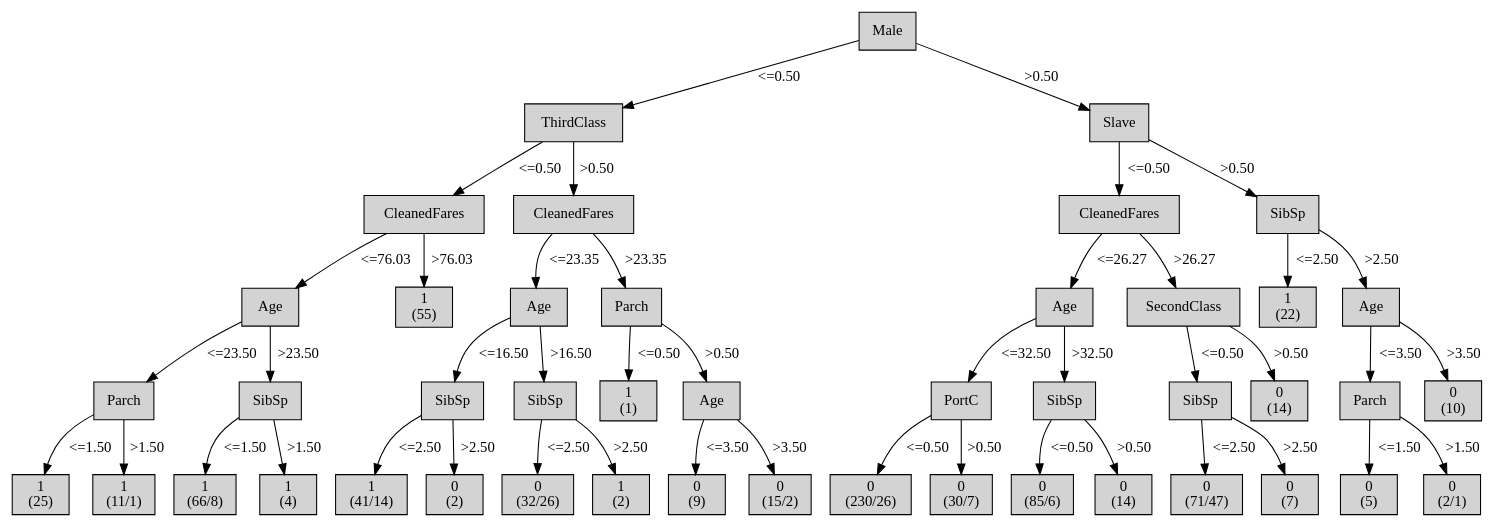
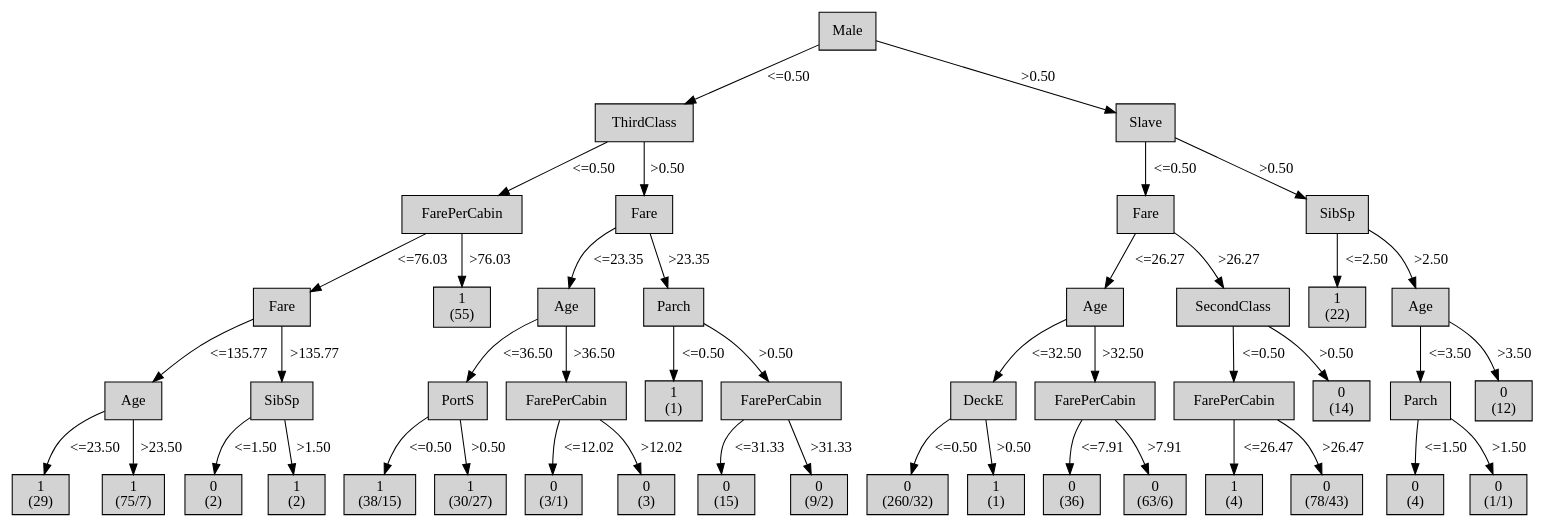
The diagram in output/tree-generator-5/tree.dot (mklb/BI-Python3), drawn with Graphviz before and after one commit. The commit also changed 13 other files, not shown here.

```diff
--- a/output/tree-generator-5/tree.dot
+++ b/output/tree-generator-5/tree.dot
@@ -1,165 +1,165 @@
 digraph ID3_Tree {
 "0" [shape=box, style=filled, label="Male
 ", weight=1]
 "1" [shape=box, style=filled, label="ThirdClass
 ", weight=2]
 0 -> 1 [ label = "<=0.50"];
-"2" [shape=box, style=filled, label="CleanedFares
+"2" [shape=box, style=filled, label="FarePerCabin
 ", weight=3]
 1 -> 2 [ label = "<=0.50"];
-"3" [shape=box, style=filled, label="Age
+"3" [shape=box, style=filled, label="Fare
 ", weight=4]
 2 -> 3 [ label = "<=76.03"];
-"4" [shape=box, style=filled, label="Parch
+"4" [shape=box, style=filled, label="Age
 ", weight=5]
-3 -> 4 [ label = "<=23.50"];
+3 -> 4 [ label = "<=135.77"];
 "5" [shape=box, style=filled, label="1
-(25)
+(29)
 ", weight=6]
-4 -> 5 [ label = "<=1.50"];
+4 -> 5 [ label = "<=23.50"];
 "6" [shape=box, style=filled, label="1
-(11/1)
+(75/7)
 ", weight=6]
-4 -> 6 [ label = ">1.50"];
+4 -> 6 [ label = ">23.50"];
 "7" [shape=box, style=filled, label="SibSp
 ", weight=5]
-3 -> 7 [ label = ">23.50"];
-"8" [shape=box, style=filled, label="1
-(66/8)
+3 -> 7 [ label = ">135.77"];
+"8" [shape=box, style=filled, label="0
+(2)
 ", weight=6]
 7 -> 8 [ label = "<=1.50"];
 "9" [shape=box, style=filled, label="1
-(4)
+(2)
 ", weight=6]
 7 -> 9 [ label = ">1.50"];
 "10" [shape=box, style=filled, label="1
 (55)
 ", weight=4]
 2 -> 10 [ label = ">76.03"];
-"11" [shape=box, style=filled, label="CleanedFares
+"11" [shape=box, style=filled, label="Fare
 ", weight=3]
 1 -> 11 [ label = ">0.50"];
 "12" [shape=box, style=filled, label="Age
 ", weight=4]
 11 -> 12 [ label = "<=23.35"];
-"13" [shape=box, style=filled, label="SibSp
+"13" [shape=box, style=filled, label="PortS
 ", weight=5]
-12 -> 13 [ label = "<=16.50"];
+12 -> 13 [ label = "<=36.50"];
 "14" [shape=box, style=filled, label="1
-(41/14)
+(38/15)
 ", weight=6]
-13 -> 14 [ label = "<=2.50"];
-"15" [shape=box, style=filled, label="0
-(2)
+13 -> 14 [ label = "<=0.50"];
+"15" [shape=box, style=filled, label="1
+(30/27)
 ", weight=6]
-13 -> 15 [ label = ">2.50"];
-"16" [shape=box, style=filled, label="SibSp
+13 -> 15 [ label = ">0.50"];
+"16" [shape=box, style=filled, label="FarePerCabin
 ", weight=5]
-12 -> 16 [ label = ">16.50"];
+12 -> 16 [ label = ">36.50"];
 "17" [shape=box, style=filled, label="0
-(32/26)
+(3/1)
 ", weight=6]
-16 -> 17 [ label = "<=2.50"];
-"18" [shape=box, style=filled, label="1
-(2)
+16 -> 17 [ label = "<=12.02"];
+"18" [shape=box, style=filled, label="0
+(3)
 ", weight=6]
-16 -> 18 [ label = ">2.50"];
+16 -> 18 [ label = ">12.02"];
 "19" [shape=box, style=filled, label="Parch
 ", weight=4]
 11 -> 19 [ label = ">23.35"];
 "20" [shape=box, style=filled, label="1
 (1)
 ", weight=5]
 19 -> 20 [ label = "<=0.50"];
-"21" [shape=box, style=filled, label="Age
+"21" [shape=box, style=filled, label="FarePerCabin
 ", weight=5]
 19 -> 21 [ label = ">0.50"];
 "22" [shape=box, style=filled, label="0
-(9)
+(15)
 ", weight=6]
-21 -> 22 [ label = "<=3.50"];
+21 -> 22 [ label = "<=31.33"];
 "23" [shape=box, style=filled, label="0
-(15/2)
+(9/2)
 ", weight=6]
-21 -> 23 [ label = ">3.50"];
+21 -> 23 [ label = ">31.33"];
 "24" [shape=box, style=filled, label="Slave
 ", weight=2]
 0 -> 24 [ label = ">0.50"];
-"25" [shape=box, style=filled, label="CleanedFares
+"25" [shape=box, style=filled, label="Fare
 ", weight=3]
 24 -> 25 [ label = "<=0.50"];
 "26" [shape=box, style=filled, label="Age
 ", weight=4]
 25 -> 26 [ label = "<=26.27"];
-"27" [shape=box, style=filled, label="PortC
+"27" [shape=box, style=filled, label="DeckE
 ", weight=5]
 26 -> 27 [ label = "<=32.50"];
 "28" [shape=box, style=filled, label="0
-(230/26)
+(260/32)
 ", weight=6]
 27 -> 28 [ label = "<=0.50"];
-"29" [shape=box, style=filled, label="0
-(30/7)
+"29" [shape=box, style=filled, label="1
+(1)
 ", weight=6]
 27 -> 29 [ label = ">0.50"];
-"30" [shape=box, style=filled, label="SibSp
+"30" [shape=box, style=filled, label="FarePerCabin
 ", weight=5]
 26 -> 30 [ label = ">32.50"];
 "31" [shape=box, style=filled, label="0
-(85/6)
+(36)
 ", weight=6]
-30 -> 31 [ label = "<=0.50"];
+30 -> 31 [ label = "<=7.91"];
 "32" [shape=box, style=filled, label="0
-(14)
+(63/6)
 ", weight=6]
-30 -> 32 [ label = ">0.50"];
+30 -> 32 [ label = ">7.91"];
 "33" [shape=box, style=filled, label="SecondClass
 ", weight=4]
 25 -> 33 [ label = ">26.27"];
-"34" [shape=box, style=filled, label="SibSp
+"34" [shape=box, style=filled, label="FarePerCabin
 ", weight=5]
 33 -> 34 [ label = "<=0.50"];
-"35" [shape=box, style=filled, label="0
-(71/47)
+"35" [shape=box, style=filled, label="1
+(4)
 ", weight=6]
-34 -> 35 [ label = "<=2.50"];
+34 -> 35 [ label = "<=26.47"];
 "36" [shape=box, style=filled, label="0
-(7)
+(78/43)
 ", weight=6]
-34 -> 36 [ label = ">2.50"];
+34 -> 36 [ label = ">26.47"];
 "37" [shape=box, style=filled, label="0
 (14)
 ", weight=5]
 33 -> 37 [ label = ">0.50"];
 "38" [shape=box, style=filled, label="SibSp
 ", weight=3]
 24 -> 38 [ label = ">0.50"];
 "39" [shape=box, style=filled, label="1
 (22)
 ", weight=4]
 38 -> 39 [ label = "<=2.50"];
 "40" [shape=box, style=filled, label="Age
 ", weight=4]
 38 -> 40 [ label = ">2.50"];
 "41" [shape=box, style=filled, label="Parch
 ", weight=5]
 40 -> 41 [ label = "<=3.50"];
 "42" [shape=box, style=filled, label="0
-(5)
+(4)
 ", weight=6]
 41 -> 42 [ label = "<=1.50"];
 "43" [shape=box, style=filled, label="0
-(2/1)
+(1/1)
 ", weight=6]
 41 -> 43 [ label = ">1.50"];
 "44" [shape=box, style=filled, label="0
-(10)
+(12)
 ", weight=5]
 40 -> 44 [ label = ">3.50"];
 {rank=same; 0;};
 {rank=same; 1;24;};
 {rank=same; 2;11;25;38;};
 {rank=same; 3;10;12;19;26;33;39;40;};
 {rank=same; 4;7;13;16;20;21;27;30;34;37;41;44;};
 {rank=same; 5;6;8;9;14;15;17;18;22;23;28;29;31;32;35;36;42;43;};
 }
```
